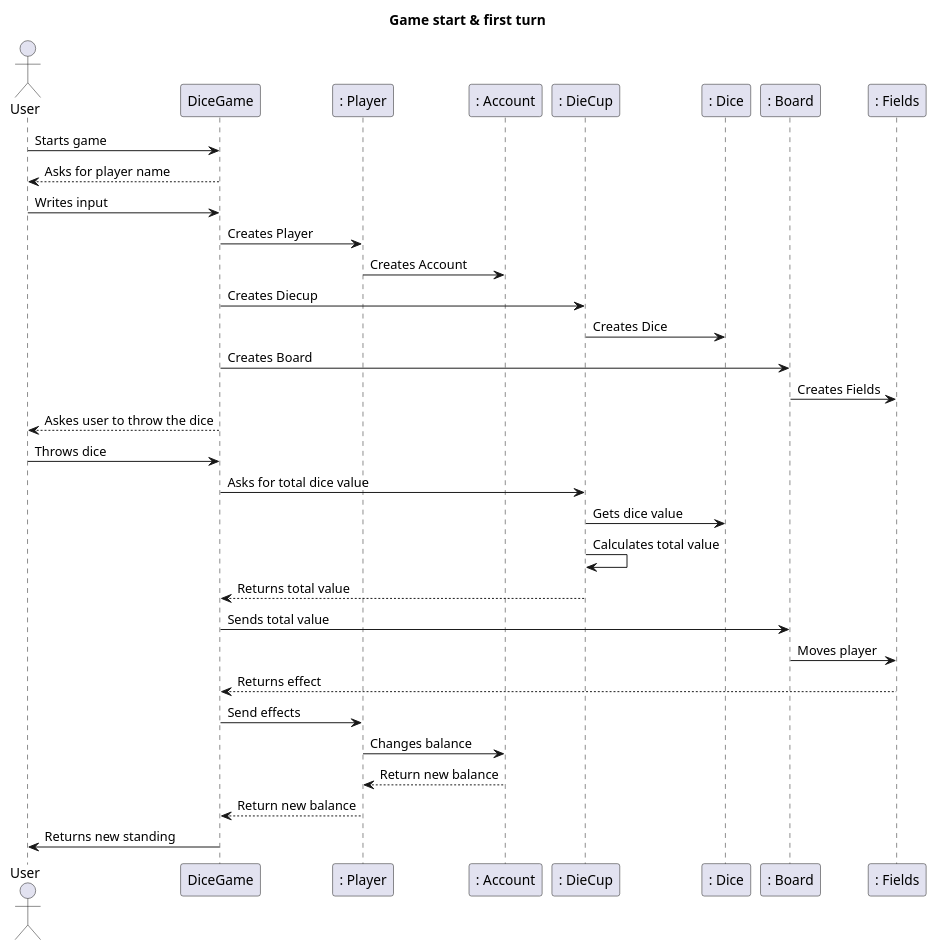
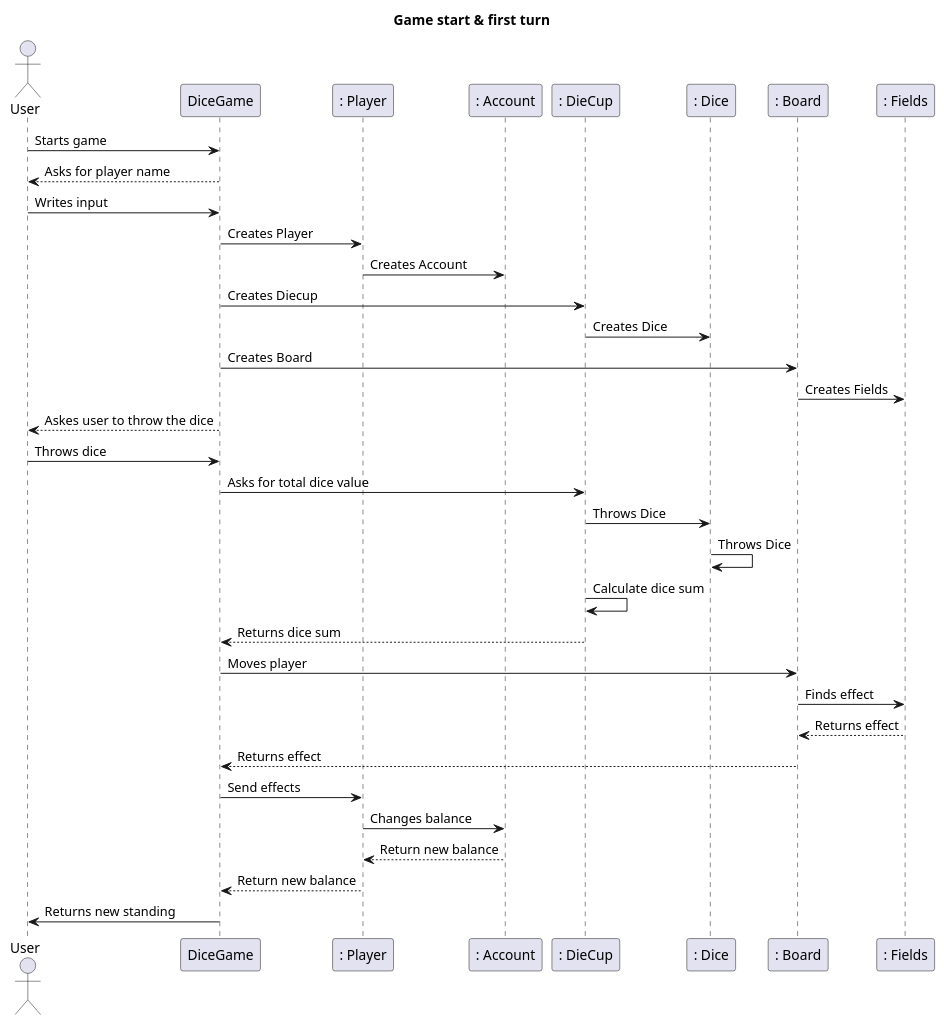
The diagram in src/main/resources/SystemSequenceDiagram.puml (PhilipCramer/CDIO_del2), drawn with PlantUML before and after one commit.

Commit message:
Made some minor changes to the System sequence diagram

```diff
--- a/src/main/resources/SystemSequenceDiagram.puml
+++ b/src/main/resources/SystemSequenceDiagram.puml
@@ -1,37 +1,39 @@
 @startuml SystemSequenceDiagram
 title "Game start & first turn"
 actor User
 participant DiceGame
 participant ": Player"
 participant ": Account"
 participant ": DieCup"
 participant ": Dice"
 participant ": Board"
 participant ": Fields"
 
 User -> DiceGame : Starts game
 DiceGame --> User : Asks for player name
 User -> DiceGame : Writes input
 DiceGame -> ": Player" : Creates Player 
 ": Player" -> ": Account" : Creates Account
 DiceGame -> ": DieCup" : Creates Diecup
 ": DieCup" -> ": Dice" : Creates Dice
 DiceGame -> ": Board" : Creates Board
 ": Board" -> ": Fields" : Creates Fields
 DiceGame --> User : Askes user to throw the dice
 User -> DiceGame : Throws dice
 DiceGame -> ": DieCup" : Asks for total dice value
-": DieCup" -> ": Dice" : Gets dice value
-": DieCup" -> ": DieCup" : Calculates total value
-": DieCup" --> DiceGame : Returns total value
-DiceGame -> ": Board" : Sends total value
-": Board" -> ": Fields" : Moves player
-": Fields" --> DiceGame : Returns effect
+": DieCup" -> ": Dice" : Throws Dice
+": Dice" -> ": Dice" : Throws Dice
+": DieCup" -> ": DieCup" : Calculate dice sum
+": DieCup" --> DiceGame : Returns dice sum
+DiceGame -> ": Board" : Moves player
+": Board" -> ": Fields" : Finds effect
+": Fields" --> ": Board" : Returns effect
+": Board" --> DiceGame : Returns effect
 DiceGame -> ": Player" : Send effects
 ": Player" -> ": Account" : Changes balance
 ": Account" --> ": Player" : Return new balance
 ": Player" --> DiceGame : Return new balance
 DiceGame -> User : Returns new standing
 
 
 @enduml
```
